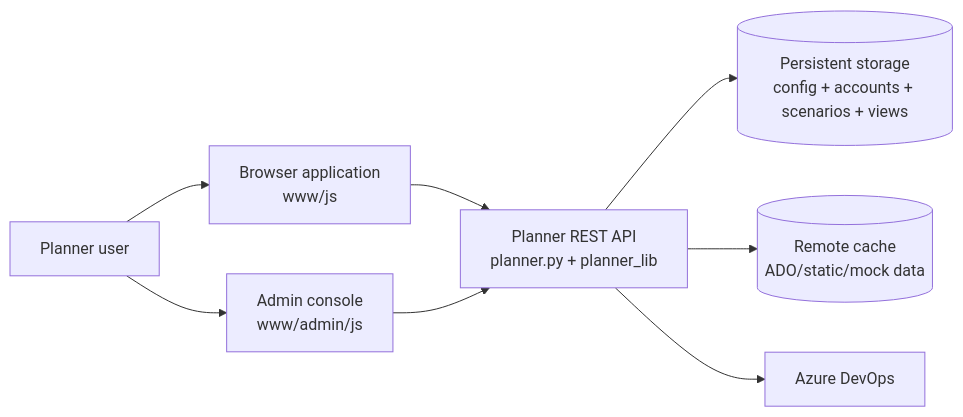
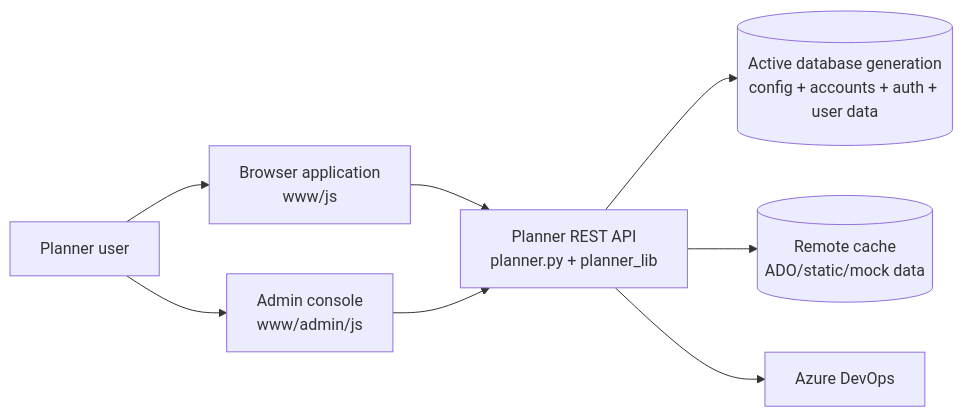
The first of 4 diagrams in docs/ARCHITECTURE.md (kpoppel/PlannerTool), drawn with Mermaid before and after one commit. The commit also changed other lines of this file, not shown here.

Commit message:
Updated architecture

````diff
--- a/docs/ARCHITECTURE.md
+++ b/docs/ARCHITECTURE.md
@@ -36,18 +38,18 @@
 ```mermaid
 flowchart LR
     User[Planner user]
     Browser[Browser application\nwww/js]
     Admin[Admin console\nwww/admin/js]
     API[Planner REST API\nplanner.py + planner_lib]
-    Backend[(Persistent storage\nconfig + accounts + scenarios + views)]
+    Backend[(Active database generation\nconfig + accounts + auth + user data)]
     Cache[(Remote cache\nADO/static/mock data)]
     ADO[Azure DevOps]
 
     User --> Browser
     User --> Admin
     Browser --> API
     Admin --> API
     API --> Backend
     API --> Cache
     API --> ADO
 ```
````
